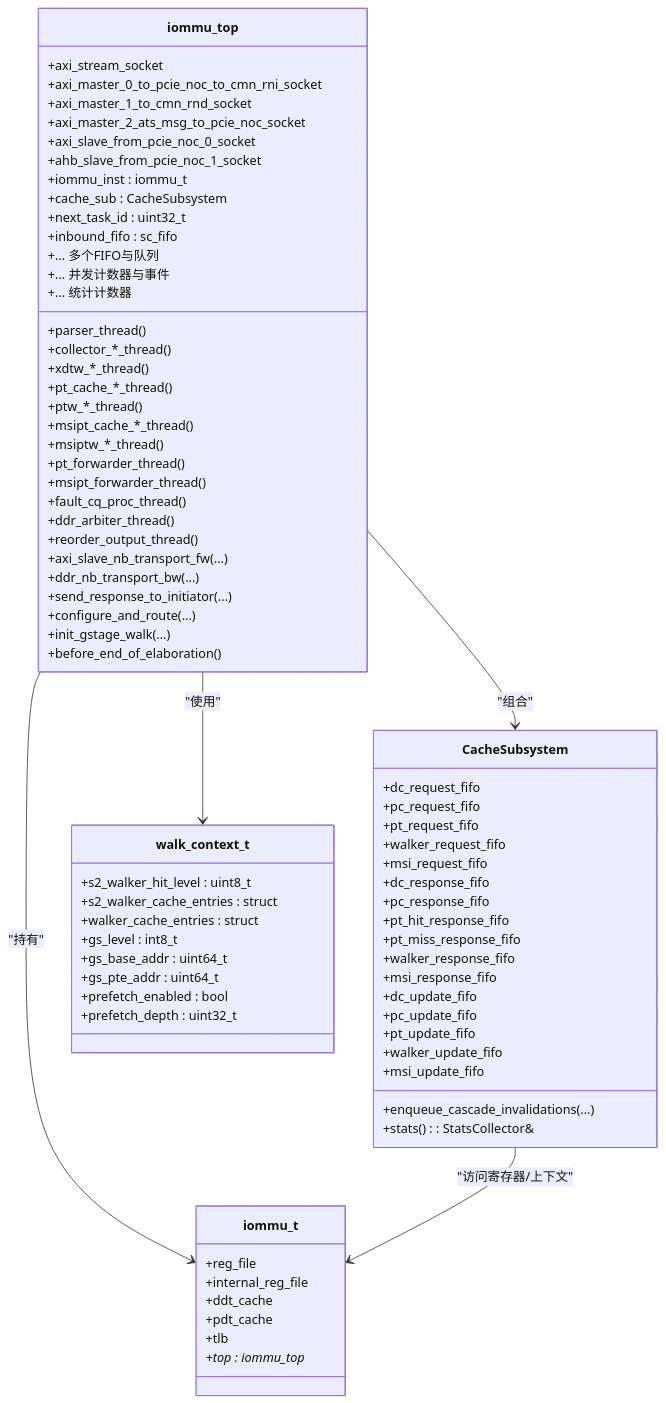
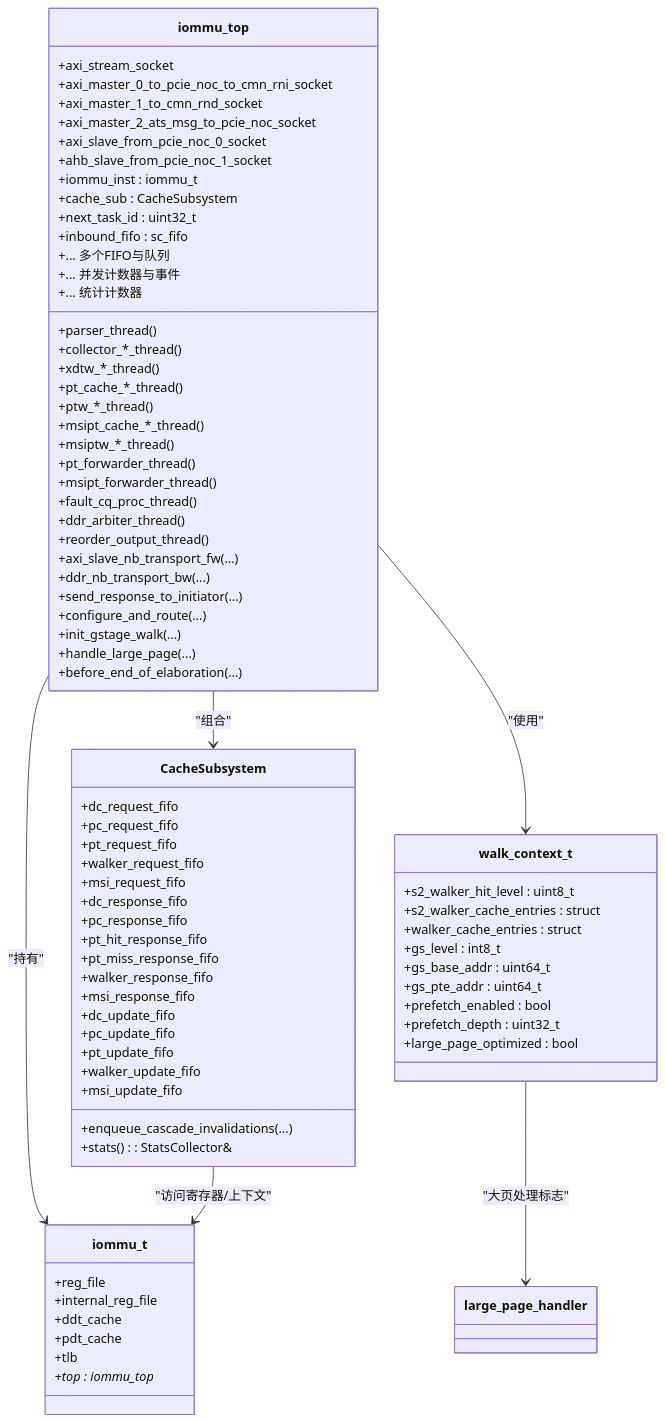
The third of 7 diagrams in .qoder/repowiki/zh/content/核心架构/顶层模块设计.md (jiangjiang1122/iommu_model_20260401_v1), drawn with Mermaid before and after one commit. The commit also changed other lines of this file and 186 other files, not shown here.

````diff
--- a/.qoder/repowiki/zh/content/核心架构/顶层模块设计.md
+++ b/.qoder/repowiki/zh/content/核心架构/顶层模块设计.md
@@ -165,78 +174,81 @@
 ```mermaid
 classDiagram
 class iommu_top {
 +axi_stream_socket
 +axi_master_0_to_pcie_noc_to_cmn_rni_socket
 +axi_master_1_to_cmn_rnd_socket
 +axi_master_2_ats_msg_to_pcie_noc_socket
 +axi_slave_from_pcie_noc_0_socket
 +ahb_slave_from_pcie_noc_1_socket
 +iommu_inst : iommu_t
 +cache_sub : CacheSubsystem
 +next_task_id : uint32_t
 +inbound_fifo : sc_fifo<iommu_task_t*>
 +... 多个FIFO与队列
 +... 并发计数器与事件
 +... 统计计数器
 +parser_thread()
 +collector_*_thread()
 +xdtw_*_thread()
 +pt_cache_*_thread()
 +ptw_*_thread()
 +msipt_cache_*_thread()
 +msiptw_*_thread()
 +pt_forwarder_thread()
 +msipt_forwarder_thread()
 +fault_cq_proc_thread()
 +ddr_arbiter_thread()
 +reorder_output_thread()
 +axi_slave_nb_transport_fw(...)
 +ddr_nb_transport_bw(...)
 +send_response_to_initiator(...)
 +configure_and_route(...)
 +init_gstage_walk(...)
-+before_end_of_elaboration()
++handle_large_page(...)
++before_end_of_elaboration(...)
 }
 class CacheSubsystem {
 +dc_request_fifo
 +pc_request_fifo
 +pt_request_fifo
 +walker_request_fifo
 +msi_request_fifo
 +dc_response_fifo
 +pc_response_fifo
 +pt_hit_response_fifo
 +pt_miss_response_fifo
 +walker_response_fifo
 +msi_response_fifo
 +dc_update_fifo
 +pc_update_fifo
 +pt_update_fifo
 +walker_update_fifo
 +msi_update_fifo
 +enqueue_cascade_invalidations(...)
 +stats() : StatsCollector&
 }
 class iommu_t {
 +reg_file
 +internal_reg_file
 +ddt_cache
 +pdt_cache
 +tlb
 +top : iommu_top*
 }
 class walk_context_t {
 +s2_walker_hit_level : uint8_t
 +s2_walker_cache_entries : struct
 +walker_cache_entries : struct
 +gs_level : int8_t
 +gs_base_addr : uint64_t
 +gs_pte_addr : uint64_t
 +prefetch_enabled : bool
 +prefetch_depth : uint32_t
++large_page_optimized : bool
 }
 iommu_top --> CacheSubsystem : "组合"
 iommu_top --> iommu_t : "持有"
 iommu_top --> walk_context_t : "使用"
 CacheSubsystem --> iommu_t : "访问寄存器/上下文"
+walk_context_t --> large_page_handler : "大页处理标志"
 ```
````
